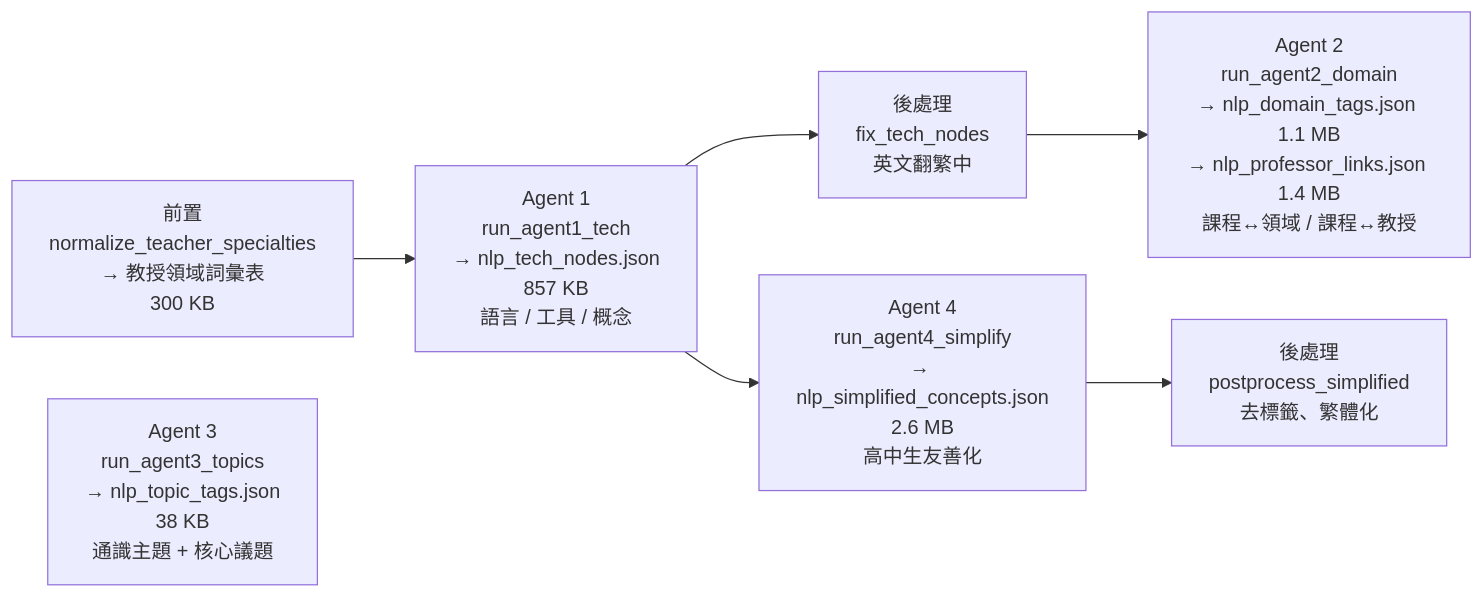
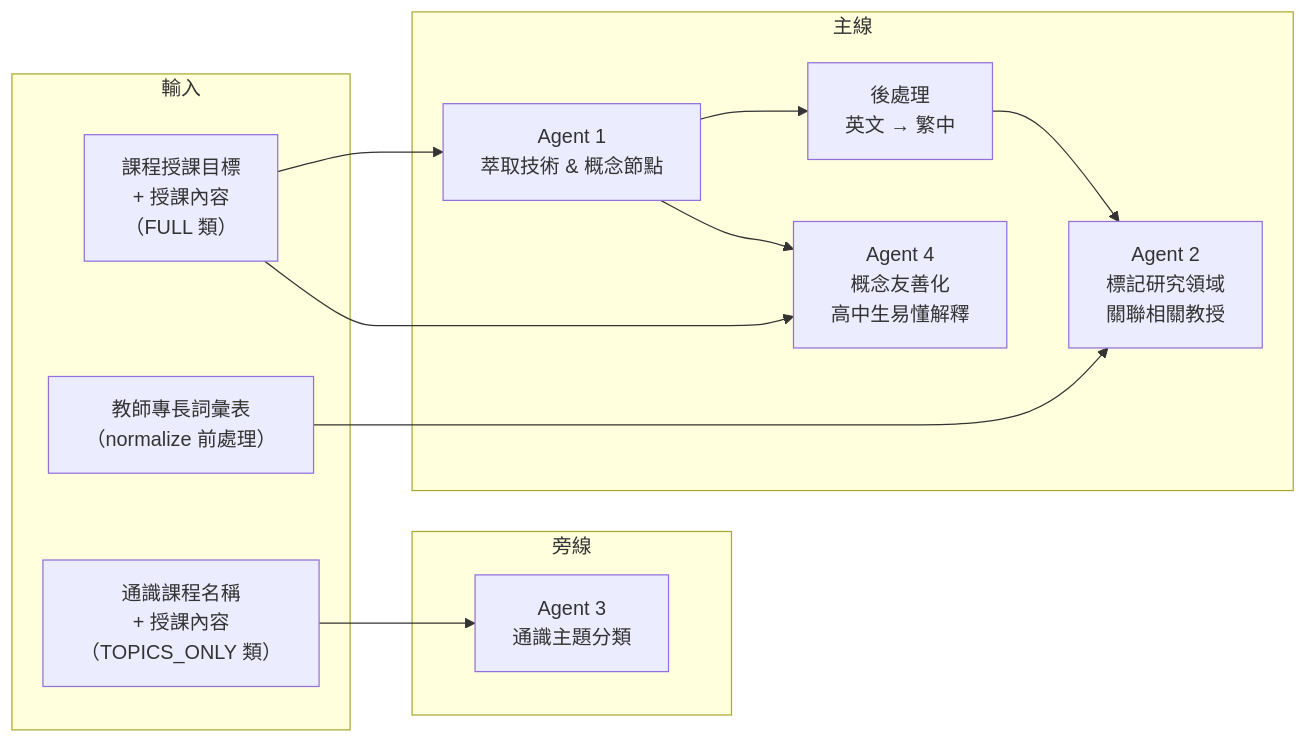
The third of 10 diagrams in docs/06-midterm-report/midterm-report.md (77JoyWang77/NCU_AI_Guidance), drawn with Mermaid before and after one commit. The commit also changed other lines of this file and 15 other files, not shown here.

````diff
--- a/docs/06-midterm-report/midterm-report.md
+++ b/docs/06-midterm-report/midterm-report.md
@@ -187,21 +189,25 @@
 ```mermaid
 flowchart LR
-    PRE["前置<br/>normalize_teacher_specialties<br/>→ 教授領域詞彙表<br/>300 KB"]
+    subgraph in["輸入"]
+        RAW["課程授課目標<br/>+ 授課內容<br/>（FULL 類）"]
+        SPEC["教師專長詞彙表<br/>（normalize 前處理）"]
+        GE["通識課程名稱<br/>+ 授課內容<br/>（TOPICS_ONLY 類）"]
+    end
 
-    A1["Agent 1<br/>run_agent1_tech<br/>→ nlp_tech_nodes.json<br/>857 KB<br/>語言 / 工具 / 概念"]
+    subgraph main["主線"]
+        A1["Agent 1<br/>萃取技術 & 概念節點"]
+        FIX["後處理<br/>英文 → 繁中"]
+        A2["Agent 2<br/>標記研究領域<br/>關聯相關教授"]
+        A4["Agent 4<br/>概念友善化<br/>高中生易懂解釋"]
+    end
 
-    FIX["後處理<br/>fix_tech_nodes<br/>英文翻繁中"]
+    subgraph side["旁線"]
+        A3["Agent 3<br/>通識主題分類"]
+    end
 
-    A2["Agent 2<br/>run_agent2_domain<br/>→ nlp_domain_tags.json 1.1 MB<br/>→ nlp_professor_links.json 1.4 MB<br/>課程↔領域 / 課程↔教授"]
-
-    A3["Agent 3<br/>run_agent3_topics<br/>→ nlp_topic_tags.json<br/>38 KB<br/>通識主題 + 核心議題"]
-
-    A4["Agent 4<br/>run_agent4_simplify<br/>→ nlp_simplified_concepts.json<br/>2.6 MB<br/>高中生友善化"]
-
-    POST["後處理<br/>postprocess_simplified<br/>去標籤、繁體化"]
-
-    PRE --> A1
-    A1 --> FIX --> A2
-    A3
-    A1 --> A4 --> POST
+    RAW --> A1 --> FIX --> A2
+    SPEC --> A2
+    RAW --> A4
+    A1 --> A4
+    GE --> A3
 ```
````
